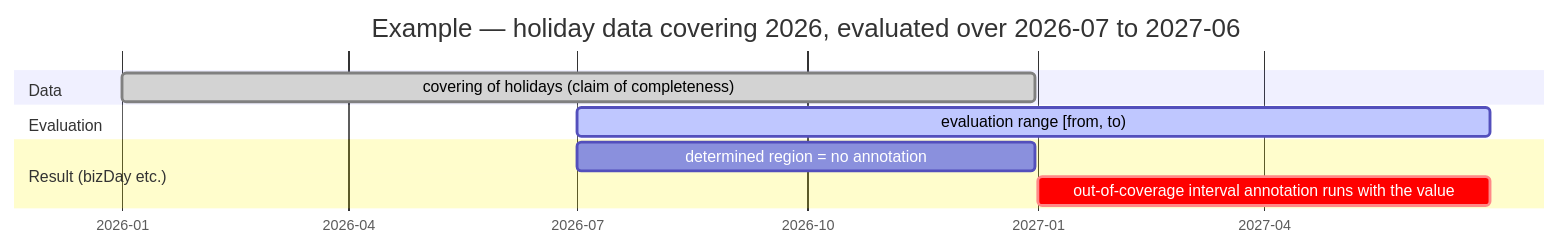
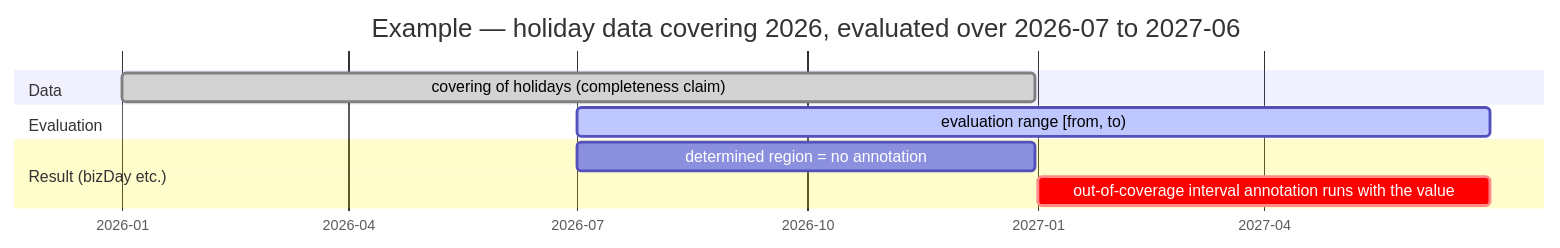
The third of 5 diagrams in en/spec/30-body-layer.md (azathothx/kairos-lang), drawn with Mermaid before and after one commit. The commit also changed other lines of this file and 120 other files, not shown here.

````diff
--- a/en/spec/30-body-layer.md
+++ b/en/spec/30-body-layer.md
@@ -511,13 +549,13 @@
 ```mermaid
 gantt
     dateFormat YYYY-MM-DD
     axisFormat %Y-%m
     title Example — holiday data covering 2026, evaluated over 2026-07 to 2027-06
     section Data
-    covering of holidays (claim of completeness)  :done, 2026-01-01, 2026-12-31
+    covering of holidays (completeness claim)  :done, 2026-01-01, 2026-12-31
     section Evaluation
     evaluation range [from, to)                 :active, 2026-07-01, 2027-06-30
     section Result (bizDay etc.)
     determined region = no annotation                    : 2026-07-01, 2026-12-31
     out-of-coverage interval annotation runs with the value          :crit, 2027-01-01, 2027-06-30
 ```
````
